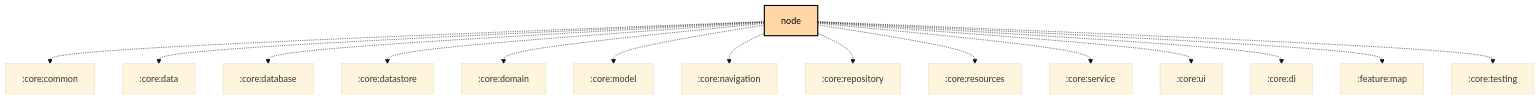
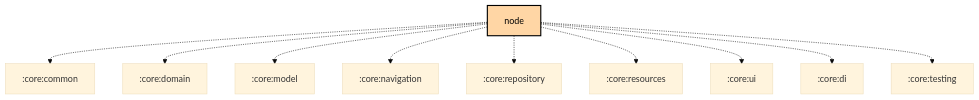
Before and after one commit to meshtastic/Meshtastic-Android: the diagram in feature/node/README.md, drawn with Mermaid (base theme). The commit also changed 14 other files, not shown here.

First line of the commit message:
chore: Scheduled updates (Graphs, Baseline Profile)

````diff
--- a/feature/node/README.md
+++ b/feature/node/README.md
@@ -27,32 +27,27 @@
 ```mermaid
 graph TB
   :feature:node[node]:::kmp-feature
   :feature:node -.-> :core:common
-  :feature:node -.-> :core:data
-  :feature:node -.-> :core:database
-  :feature:node -.-> :core:datastore
   :feature:node -.-> :core:domain
   :feature:node -.-> :core:model
   :feature:node -.-> :core:navigation
   :feature:node -.-> :core:repository
   :feature:node -.-> :core:resources
-  :feature:node -.-> :core:service
   :feature:node -.-> :core:ui
   :feature:node -.-> :core:di
-  :feature:node -.-> :feature:map
   :feature:node -.-> :core:testing
 
 classDef android-application fill:#CAFFBF,stroke:#000,stroke-width:2px,color:#000;
 classDef android-application-compose fill:#CAFFBF,stroke:#000,stroke-width:2px,color:#000;
 classDef compose-desktop-application fill:#CAFFBF,stroke:#000,stroke-width:2px,color:#000;
 classDef android-feature fill:#FFD6A5,stroke:#000,stroke-width:2px,color:#000;
 classDef android-library fill:#9BF6FF,stroke:#000,stroke-width:2px,color:#000;
 classDef android-library-compose fill:#9BF6FF,stroke:#000,stroke-width:2px,color:#000;
 classDef android-test fill:#A0C4FF,stroke:#000,stroke-width:2px,color:#000;
 classDef jvm-library fill:#BDB2FF,stroke:#000,stroke-width:2px,color:#000;
 classDef kmp-feature fill:#FFD6A5,stroke:#000,stroke-width:2px,color:#000;
 classDef kmp-library-compose fill:#FFC1CC,stroke:#000,stroke-width:2px,color:#000;
 classDef kmp-library fill:#FFC1CC,stroke:#000,stroke-width:2px,color:#000;
 classDef unknown fill:#FFADAD,stroke:#000,stroke-width:2px,color:#000;
 
 ```
````
